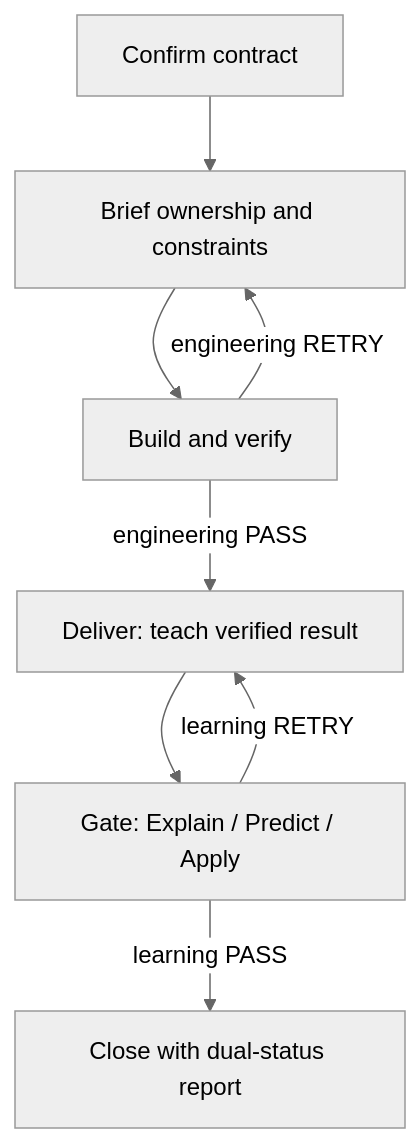
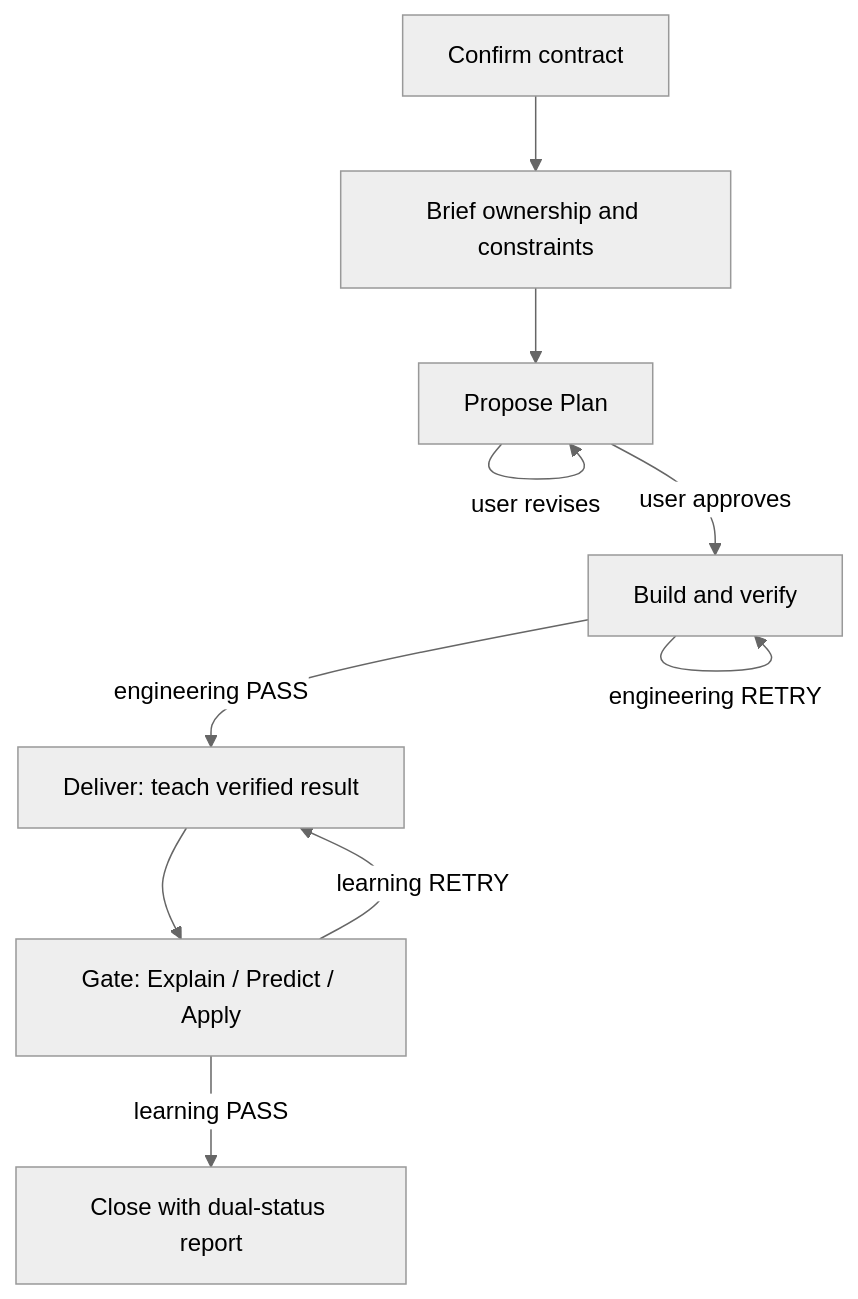
The diagram in README.md (SeRendizc/ai-coding-learning-loop), drawn with Mermaid (neutral theme) before and after one commit. The commit also changed other lines of this file, not shown here.

````diff
--- a/README.md
+++ b/README.md
@@ -49,10 +51,12 @@
 ```mermaid
 flowchart TD
   A["Confirm contract"] --> B["Brief ownership and constraints"]
-  B --> C["Build and verify"]
-  C -->|engineering RETRY| B
+  B --> P["Propose Plan"]
+  P -->|user revises| P
+  P -->|user approves| C["Build and verify"]
+  C -->|engineering RETRY| C
   C -->|engineering PASS| D["Deliver: teach verified result"]
   D --> E["Gate: Explain / Predict / Apply"]
   E -->|learning RETRY| D
   E -->|learning PASS| F["Close with dual-status report"]
 ```
````
